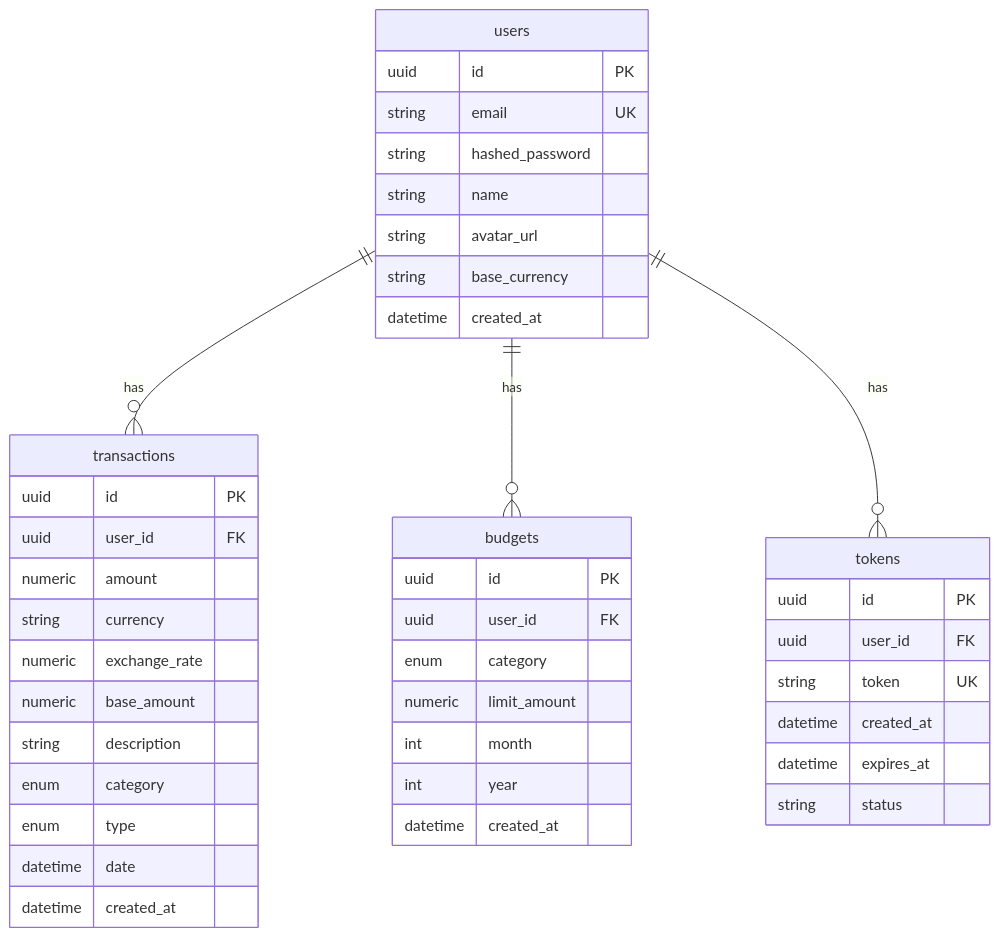
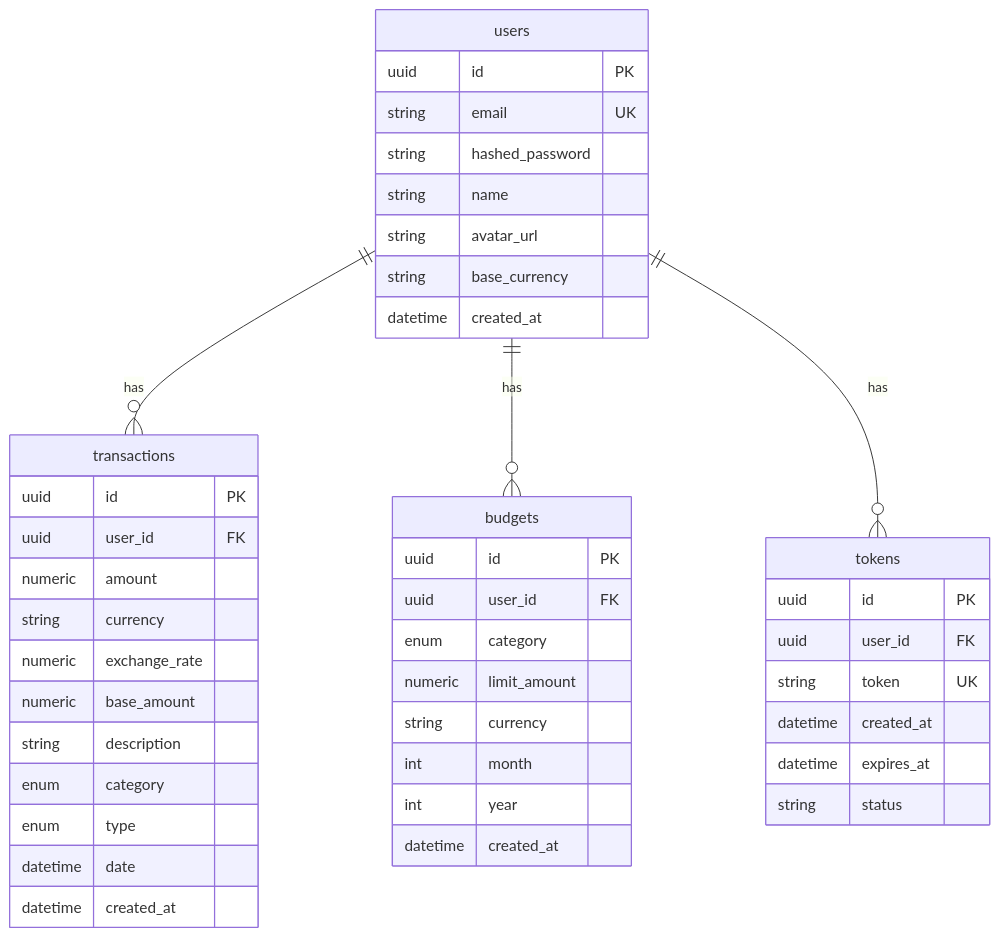
One commit to jbronxxx/getbalanceai_api changed the second of 2 diagrams in ARCHITECTURE.md. Above: the diagram before and after it, drawn with Mermaid. The commit also changed other lines of this file and 12 other files, not shown here.

````diff
--- a/ARCHITECTURE.md
+++ b/ARCHITECTURE.md
@@ -54,49 +54,50 @@
 ```mermaid
 erDiagram
     users ||--o{ transactions : "has"
     users ||--o{ budgets : "has"
     users ||--o{ tokens : "has"
 
     users {
         uuid id PK
         string email UK
         string hashed_password
         string name
         string avatar_url
         string base_currency
         datetime created_at
     }
 
     tokens {
         uuid id PK
         uuid user_id FK
         string token UK
         datetime created_at
         datetime expires_at
         string status
     }
 
     transactions {
         uuid id PK
         uuid user_id FK
         numeric amount
         string currency
         numeric exchange_rate
         numeric base_amount
         string description
         enum category
         enum type
         datetime date
         datetime created_at
     }
 
     budgets {
         uuid id PK
         uuid user_id FK
         enum category
         numeric limit_amount
+        string currency
         int month
         int year
         datetime created_at
     }
 ```
````
